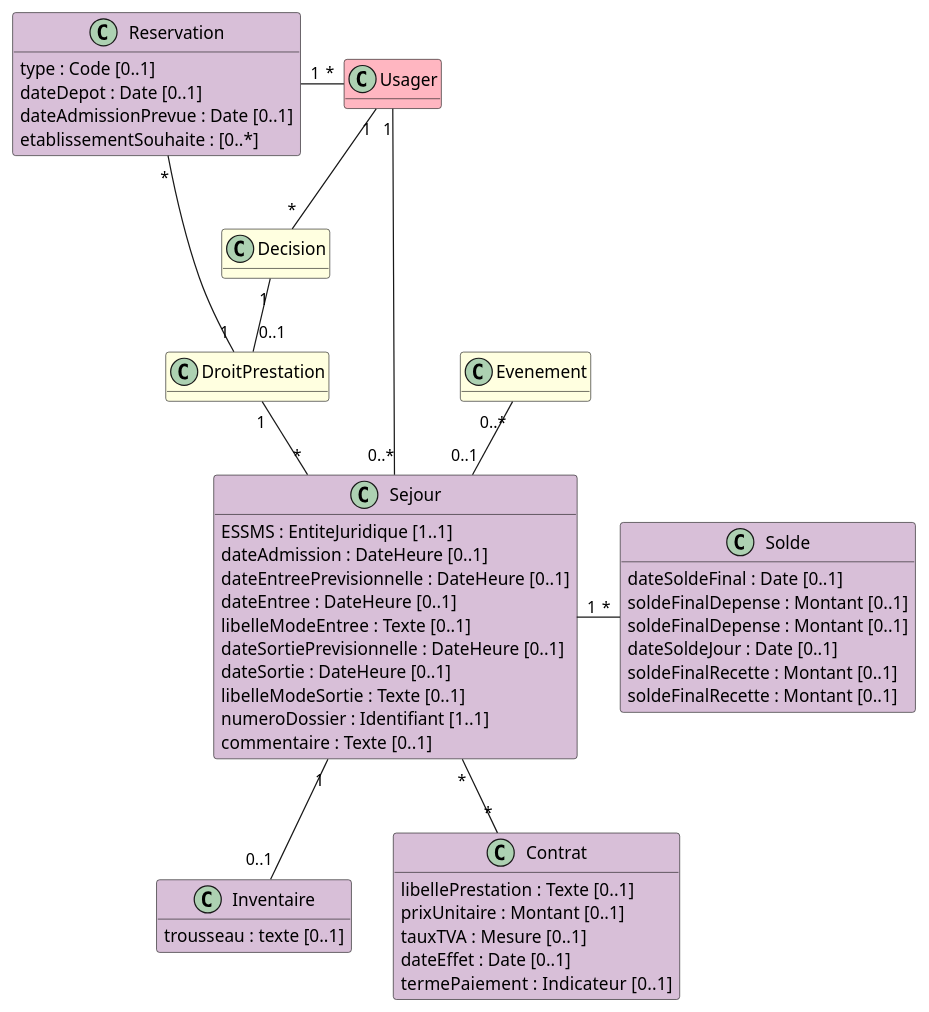
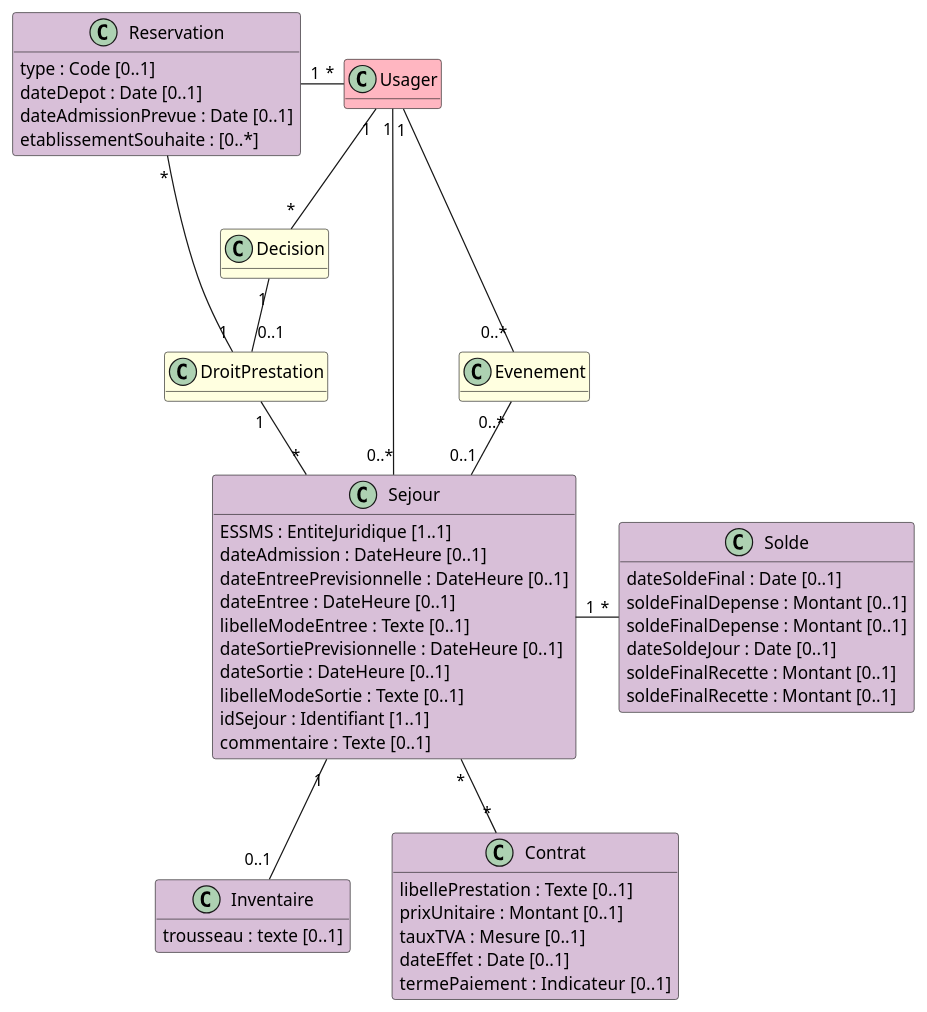
One commit to ansforge/IG-fhir-transfert-donnees-dui-esms changed the diagram in input/images-source/bloc_sejours.plantuml. Above: the diagram before and after it, drawn with PlantUML. The commit also changed 6 other files, not shown here.

```diff
--- a/input/images-source/bloc_sejours.plantuml
+++ b/input/images-source/bloc_sejours.plantuml
@@ -1,65 +1,66 @@
 @startuml
 
 hide empty methods
 
 class Usager #LightPink
 
 class Decision #LightYellow
 
 class DroitPrestation #LightYellow
 
 class Evenement #LightYellow
 
 class Reservation #Thistle {
     type : Code [0..1]
     dateDepot : Date [0..1]
     dateAdmissionPrevue : Date [0..1]
     etablissementSouhaite : [0..*]
 }
 
 class Sejour #Thistle {
     ESSMS : EntiteJuridique [1..1]
     dateAdmission : DateHeure [0..1]
     dateEntreePrevisionnelle : DateHeure [0..1]
     dateEntree : DateHeure [0..1]
     libelleModeEntree : Texte [0..1]
     dateSortiePrevisionnelle : DateHeure [0..1]
     dateSortie : DateHeure [0..1]
     libelleModeSortie : Texte [0..1]
-    numeroDossier : Identifiant [1..1]
+    idSejour : Identifiant [1..1]
     commentaire : Texte [0..1] 
 }
 
 class Inventaire #Thistle { 
     trousseau : texte [0..1]
 }
 
 class Solde #Thistle {
     dateSoldeFinal : Date [0..1]
     soldeFinalDepense : Montant [0..1]
     soldeFinalDepense : Montant [0..1]
     dateSoldeJour : Date [0..1]
     soldeFinalRecette : Montant [0..1]
     soldeFinalRecette : Montant [0..1]
 }
 
 class Contrat #Thistle {
     libellePrestation : Texte [0..1]
     prixUnitaire : Montant [0..1]
     tauxTVA : Mesure [0..1]
     dateEffet : Date [0..1]
     termePaiement : Indicateur  [0..1]
 }
 
 Usager "1" -- "*" Decision
 Decision "1" -- "0..1" DroitPrestation
 Reservation "*" - "1" DroitPrestation
 Reservation "1" - "*" Usager
 DroitPrestation "1" -- "*" Sejour
 Sejour "1" -- "0..1" Inventaire
 Sejour "1" - "*" Solde
 Sejour "*" -- "*" Contrat
 Usager "1" - "0..*" Sejour
 Evenement "0..*" -- "0..1" Sejour
+Usager "1" -- "0..*" Evenement
 
 @enduml
```
